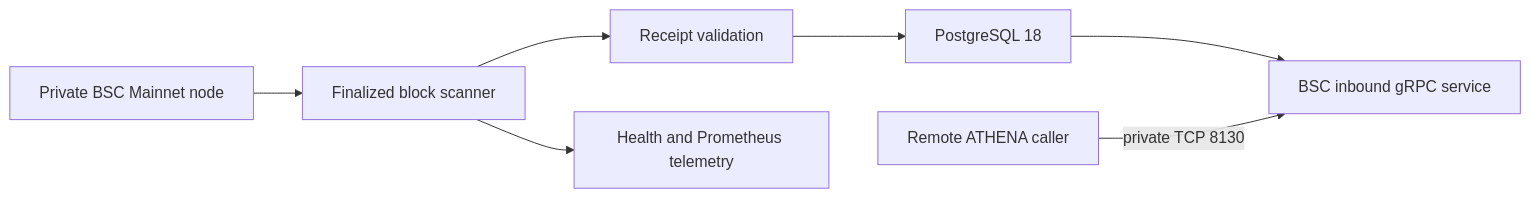
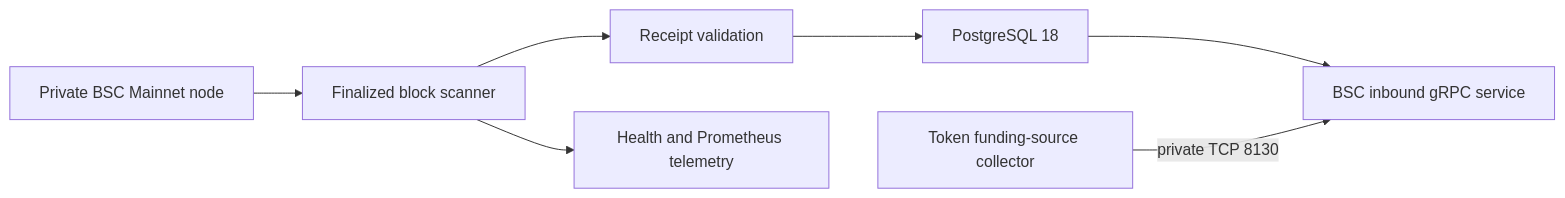
The diagram in docs/design/blockchain-data/bsc-inbound-normal-transactions.md (useryege/athena-o), drawn with Mermaid before and after one commit. The commit also changed other lines of this file and 32 other files, not shown here.

````diff
--- a/docs/design/blockchain-data/bsc-inbound-normal-transactions.md
+++ b/docs/design/blockchain-data/bsc-inbound-normal-transactions.md
@@ -27,9 +27,9 @@
 ```mermaid
 flowchart LR
     N["Private BSC Mainnet node"] --> S["Finalized block scanner"]
     S --> R["Receipt validation"]
     R --> P["PostgreSQL 18"]
     P --> G["BSC inbound gRPC service"]
-    C["Remote ATHENA caller"] -->|"private TCP 8130"| G
+    C["Token funding-source collector"] -->|"private TCP 8130"| G
     S --> H["Health and Prometheus telemetry"]
 ```
````
